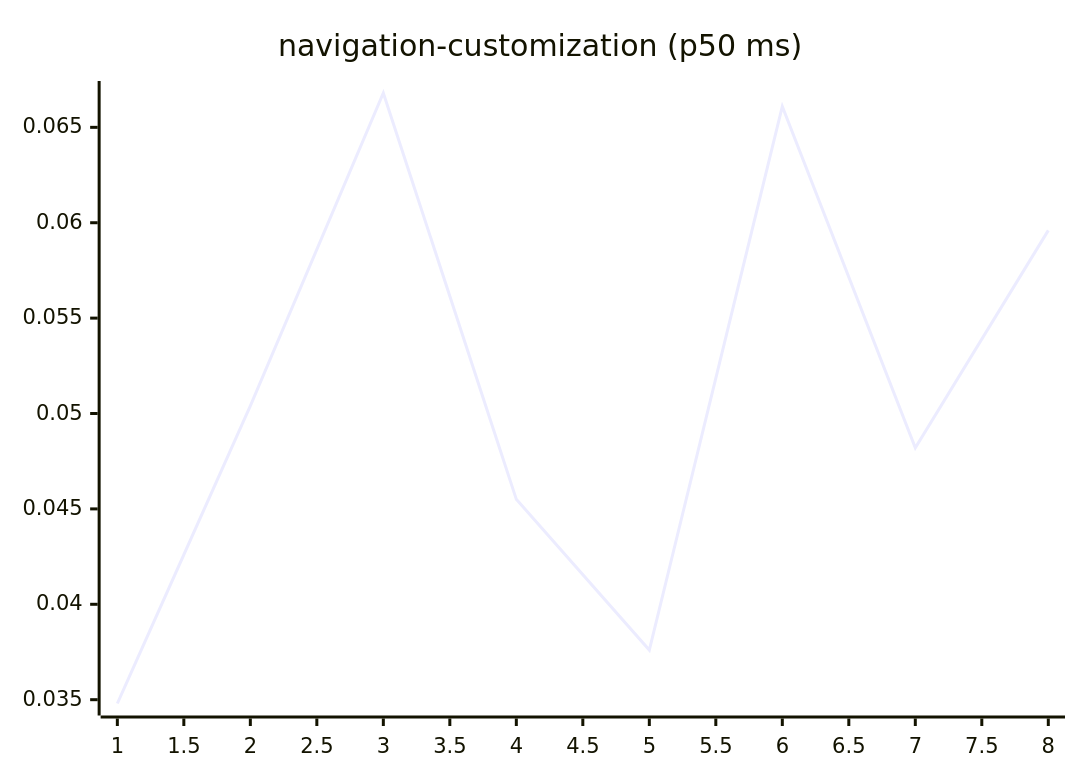
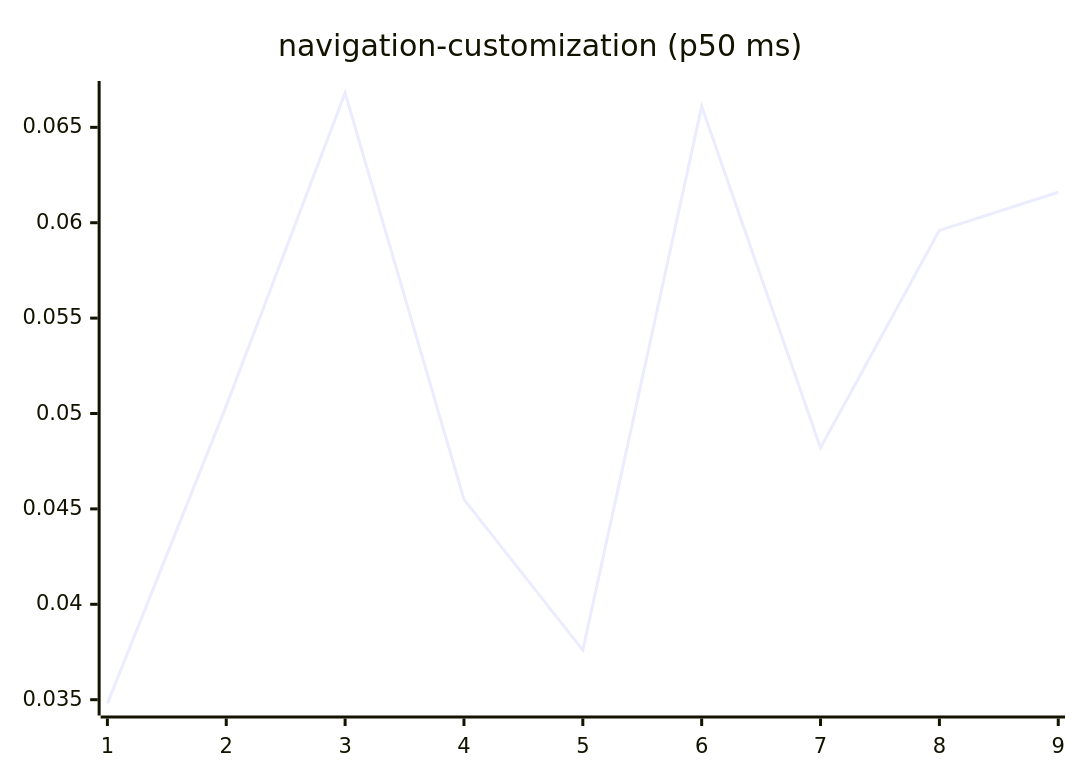
Before and after one commit to josha/Facet: diagram 15 of 27 in README.md, drawn with Mermaid. The commit also changed other lines of this file and 2 other files, not shown here.

````diff
--- a/README.md
+++ b/README.md
@@ -161,6 +161,6 @@
 ```mermaid
 xychart-beta
     title "navigation-customization (p50 ms)"
-    x-axis 1 --> 8
-    line [0.0348, 0.0504, 0.0668, 0.0455, 0.0376, 0.0661, 0.0482, 0.0596]
+    x-axis 1 --> 9
+    line [0.0348, 0.0504, 0.0668, 0.0455, 0.0376, 0.0661, 0.0482, 0.0596, 0.0616]
 ```
````
